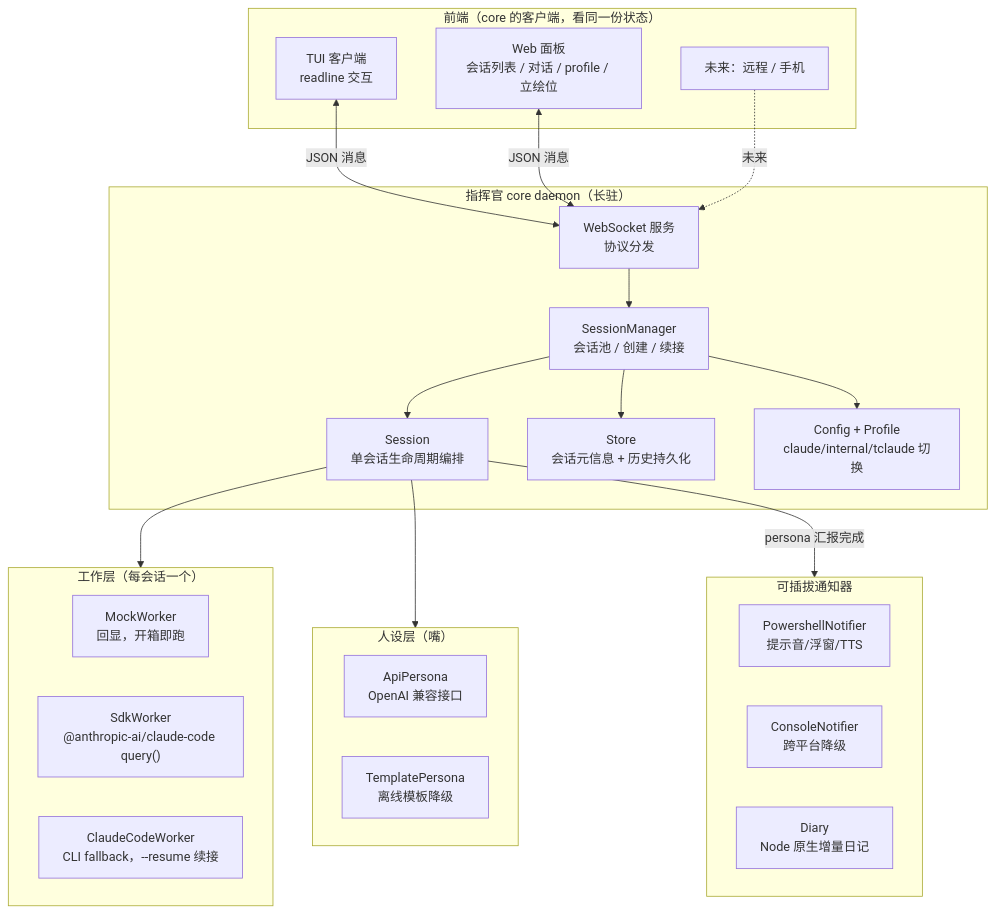
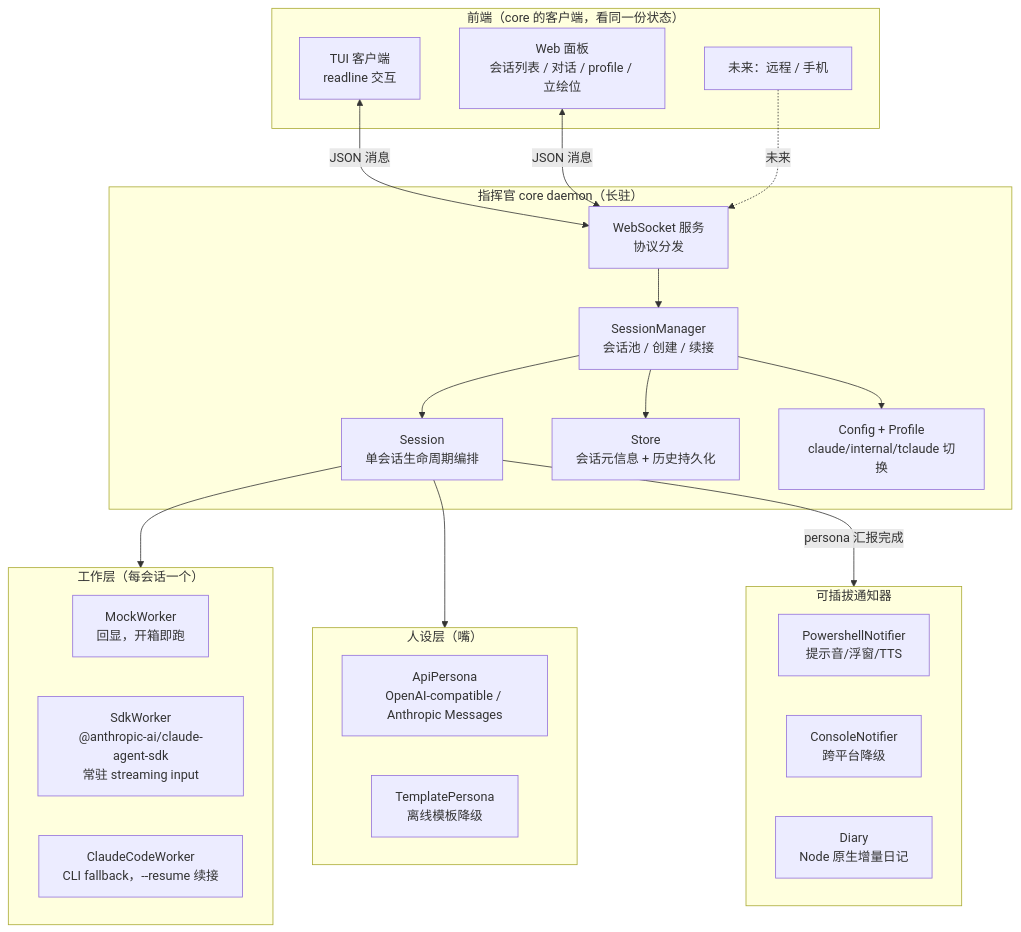
One commit to tobenot/majordomo changed the first of 2 diagrams in docs/architecture.md. Above: the diagram before and after it, drawn with Mermaid. The commit also changed other lines of this file and 17 other files, not shown here.

Commit message:
resident Agent SDK worker

````diff
--- a/docs/architecture.md
+++ b/docs/architecture.md
@@ -22,45 +22,46 @@
 ```mermaid
 graph TD
   subgraph Clients["前端（core 的客户端，看同一份状态）"]
     TUI["TUI 客户端<br/>readline 交互"]
     WEB["Web 面板<br/>会话列表 / 对话 / profile / 立绘位"]
     REMOTE["未来：远程 / 手机"]
   end
 
   subgraph Core["指挥官 core daemon（长驻）"]
     WS["WebSocket 服务<br/>协议分发"]
     SM["SessionManager<br/>会话池 / 创建 / 续接"]
     SESS["Session<br/>单会话生命周期编排"]
     STORE["Store<br/>会话元信息 + 历史持久化"]
     CFG["Config + Profile<br/>claude/internal/tclaude 切换"]
   end
 
   subgraph Worker["工作层（每会话一个）"]
     MOCK["MockWorker<br/>回显，开箱即跑"]
-    SDK["SdkWorker<br/>@anthropic-ai/claude-code query()"]
+    SDK["SdkWorker<br/>@anthropic-ai/claude-agent-sdk<br/>常驻 streaming input"]
     CC["ClaudeCodeWorker<br/>CLI fallback，--resume 续接"]
   end
 
   subgraph Persona["人设层（嘴）"]
-    API["ApiPersona<br/>OpenAI 兼容接口"]
+    API["ApiPersona<br/>OpenAI-compatible / Anthropic Messages"]
     TPL["TemplatePersona<br/>离线模板降级"]
   end
+
 
   subgraph Notify["可插拔通知器"]
     PS["PowershellNotifier<br/>提示音/浮窗/TTS"]
     CON["ConsoleNotifier<br/>跨平台降级"]
     DIARY["Diary<br/>Node 原生增量日记"]
   end
 
   TUI <-->|JSON 消息| WS
   WEB <-->|JSON 消息| WS
   REMOTE -.未来.-> WS
 
   WS --> SM
   SM --> SESS
   SM --> STORE
   SM --> CFG
   SESS --> Worker
   SESS --> Persona
   SESS -->|persona 汇报完成| Notify
 ```
````
